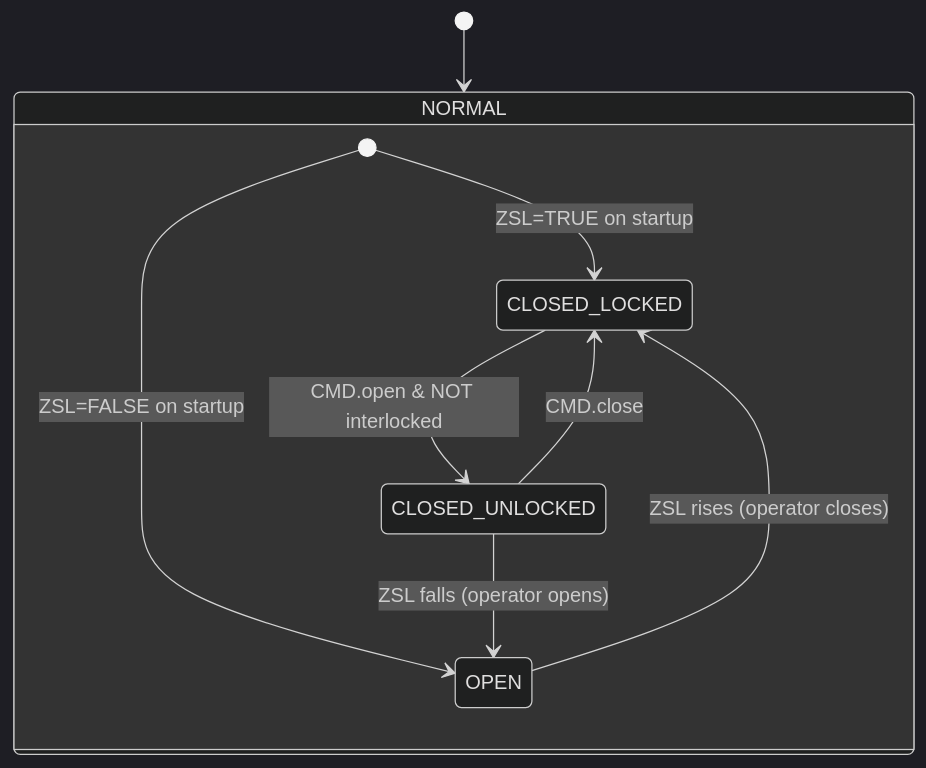
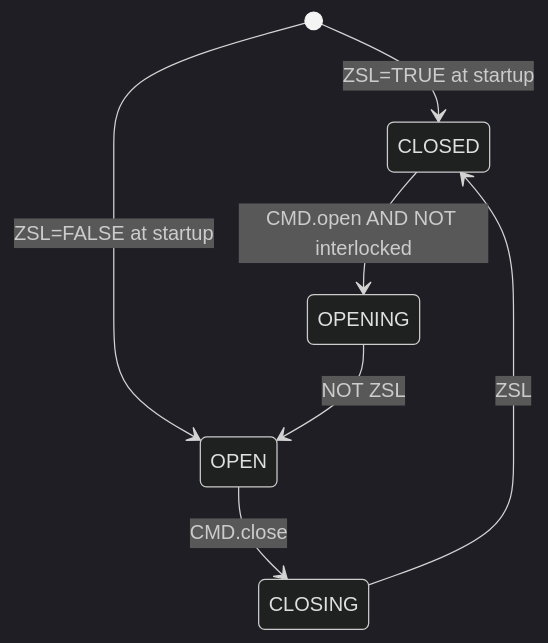
The second of 2 diagrams in docs/library/gate/index.en.md (AleFire99/TIA_knowledge), drawn with Mermaid (dark theme) before and after one commit. The commit also changed other lines of this file and 69 other files, not shown here.

````diff
--- a/docs/library/gate/index.en.md
+++ b/docs/library/gate/index.en.md
@@ -92,13 +95,10 @@
 ```mermaid
 stateDiagram-v2
-    [*] --> NORMAL
+    [*] --> CLOSED : ZSL=TRUE at startup
+    [*] --> OPEN : ZSL=FALSE at startup
 
-    state NORMAL {
-        [*] --> CLOSED_LOCKED : ZSL=TRUE on startup
-        [*] --> OPEN : ZSL=FALSE on startup
-        CLOSED_LOCKED --> CLOSED_UNLOCKED : CMD.open & NOT interlocked
-        CLOSED_UNLOCKED --> CLOSED_LOCKED : CMD.close
-        CLOSED_UNLOCKED --> OPEN : ZSL falls (operator opens)
-        OPEN --> CLOSED_LOCKED : ZSL rises (operator closes)
-    }
+    CLOSED --> OPENING : CMD.open AND NOT interlocked
+    OPENING --> OPEN : NOT ZSL
+    OPEN --> CLOSING : CMD.close
+    CLOSING --> CLOSED : ZSL
 ```
````
